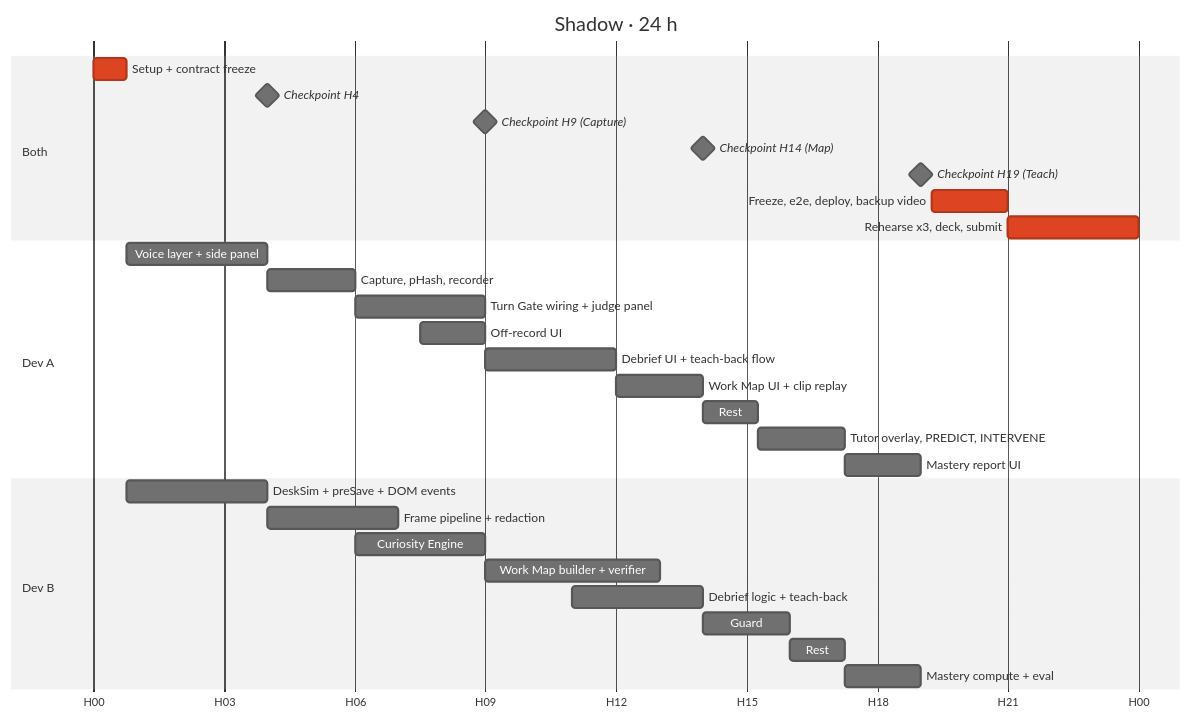
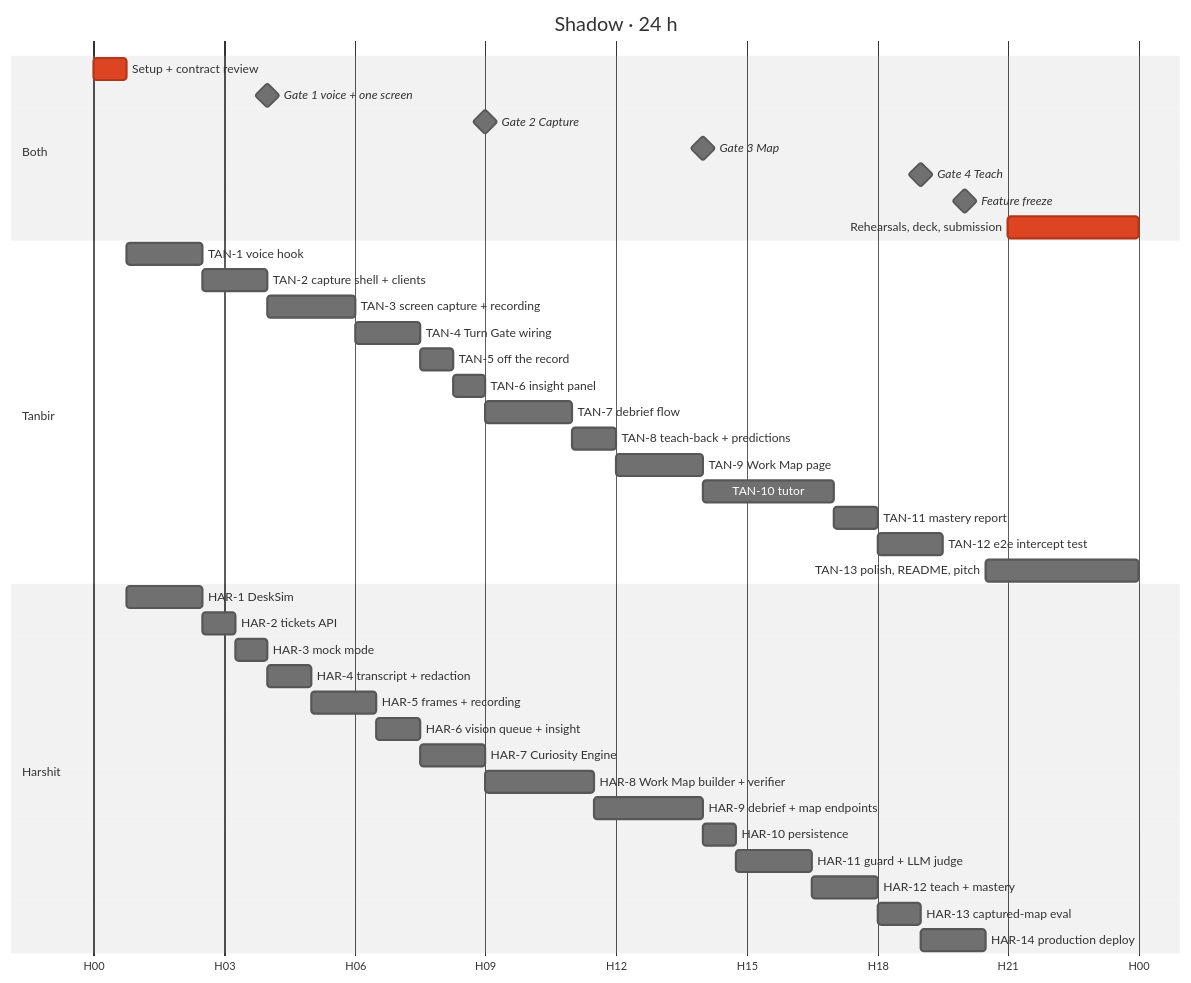
Before and after one commit to TanbirRamim/elevenlabs-agent: the third of 3 diagrams in docs/IMPLEMENTATION_PLAN.md, drawn with Mermaid (neutral theme). The commit also changed other lines of this file and 41 other files, not shown here.

First line of the commit message:
chore(repo): split work between Tanbir and Harshit with enforced ownership (#1)

````diff
--- a/docs/IMPLEMENTATION_PLAN.md
+++ b/docs/IMPLEMENTATION_PLAN.md
@@ -414,36 +415,46 @@
 ```mermaid
 gantt
   dateFormat  HH:mm
   axisFormat  H%H
   title Shadow · 24 h
 
   section Both
-  Setup + contract freeze          :crit, s0, 00:00, 45m
-  Checkpoint H4                    :milestone, m1, 04:00, 0m
-  Checkpoint H9 (Capture)          :milestone, m2, 09:00, 0m
-  Checkpoint H14 (Map)             :milestone, m3, 14:00, 0m
-  Checkpoint H19 (Teach)           :milestone, m4, 19:00, 0m
-  Freeze, e2e, deploy, backup video:crit, f1, 19:15, 105m
-  Rehearse x3, deck, submit        :crit, f2, 21:00, 3h
+  Setup + contract review          :crit, s0, 00:00, 45m
+  Gate 1 voice + one screen        :milestone, m1, 04:00, 0m
+  Gate 2 Capture                   :milestone, m2, 09:00, 0m
+  Gate 3 Map                       :milestone, m3, 14:00, 0m
+  Gate 4 Teach                     :milestone, m4, 19:00, 0m
+  Feature freeze                   :milestone, m5, 20:00, 0m
+  Rehearsals, deck, submission     :crit, f2, 21:00, 3h
 
-  section Dev A
-  Voice layer + side panel         :a1, 00:45, 195m
-  Capture, pHash, recorder         :a2, 04:00, 2h
-  Turn Gate wiring + judge panel   :a3, 06:00, 3h
-  Off-record UI                    :a3b, 07:30, 90m
-  Debrief UI + teach-back flow     :a4, 09:00, 3h
-  Work Map UI + clip replay        :a5, 12:00, 2h
-  Rest                             :a6, 14:00, 75m
-  Tutor overlay, PREDICT, INTERVENE:a7, 15:15, 2h
-  Mastery report UI                :a8, 17:15, 105m
+  section Tanbir
+  TAN-1 voice hook                 :t1, 00:45, 105m
+  TAN-2 capture shell + clients    :t2, 02:30, 90m
+  TAN-3 screen capture + recording :t3, 04:00, 2h
+  TAN-4 Turn Gate wiring           :t4, 06:00, 90m
+  TAN-5 off the record             :t5, 07:30, 45m
+  TAN-6 insight panel              :t6, 08:15, 45m
+  TAN-7 debrief flow               :t7, 09:00, 2h
+  TAN-8 teach-back + predictions   :t8, 11:00, 1h
+  TAN-9 Work Map page              :t9, 12:00, 2h
+  TAN-10 tutor                     :t10, 14:00, 3h
+  TAN-11 mastery report            :t11, 17:00, 1h
+  TAN-12 e2e intercept test        :t12, 18:00, 90m
+  TAN-13 polish, README, pitch     :t13, 20:30, 210m
 
-  section Dev B
-  DeskSim + preSave + DOM events   :b1, 00:45, 195m
-  Frame pipeline + redaction       :b2, 04:00, 3h
-  Curiosity Engine                 :b3, 06:00, 3h
-  Work Map builder + verifier      :b4, 09:00, 4h
-  Debrief logic + teach-back       :b5, 11:00, 3h
-  Guard: map rules + LLM judge     :b6, 14:00, 2h
-  Rest                             :b7, 16:00, 75m
-  Mastery compute + eval:tutor     :b8, 17:15, 105m
+  section Harshit
+  HAR-1 DeskSim                    :h1, 00:45, 105m
+  HAR-2 tickets API                :h2, 02:30, 45m
+  HAR-3 mock mode                  :h3, 03:15, 45m
+  HAR-4 transcript + redaction     :h4, 04:00, 1h
+  HAR-5 frames + recording         :h5, 05:00, 90m
+  HAR-6 vision queue + insight     :h6, 06:30, 1h
+  HAR-7 Curiosity Engine           :h7, 07:30, 90m
+  HAR-8 Work Map builder + verifier:h8, 09:00, 150m
+  HAR-9 debrief + map endpoints    :h9, 11:30, 150m
+  HAR-10 persistence               :h10, 14:00, 45m
+  HAR-11 guard + LLM judge         :h11, 14:45, 105m
+  HAR-12 teach + mastery           :h12, 16:30, 90m
+  HAR-13 captured-map eval         :h13, 18:00, 1h
+  HAR-14 production deploy         :h14, 19:00, 90m
 ```
````
